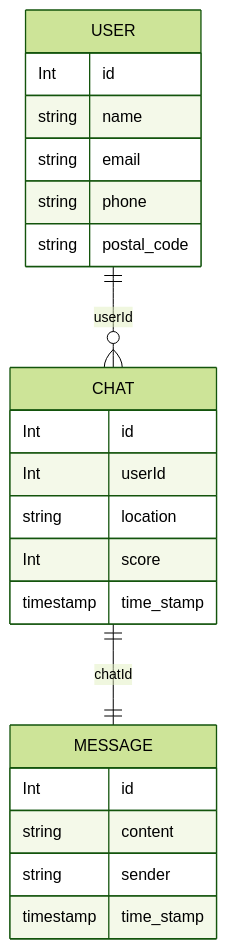
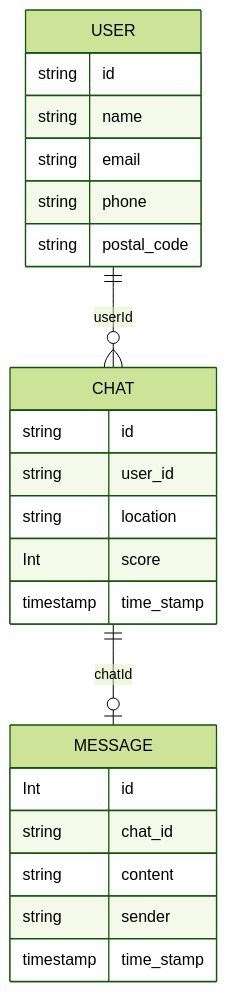
One commit to Akikaze1119/chatbot-app changed the diagram in docs/er-diagram.md. Above: the diagram before and after it, drawn with Mermaid (forest theme). The commit also changed 11 other files, not shown here.

````diff
--- a/docs/er-diagram.md
+++ b/docs/er-diagram.md
@@ -1,25 +1,26 @@
 ```mermaid
 erDiagram
     USER ||--o{ CHAT : userId
     USER {
-      Int id
+      string id
       string name
       string email
       string phone
       string postal_code
     }
     CHAT {
-      Int id
-      Int userId
+      string id
+      string user_id
       string location
       Int score
       timestamp time_stamp
     }
-    CHAT ||--|| MESSAGE : chatId
+    CHAT ||--o| MESSAGE : chatId
     MESSAGE {
       Int id
+      string chat_id
       string content
       string sender
       timestamp time_stamp
     }
 ```
````
